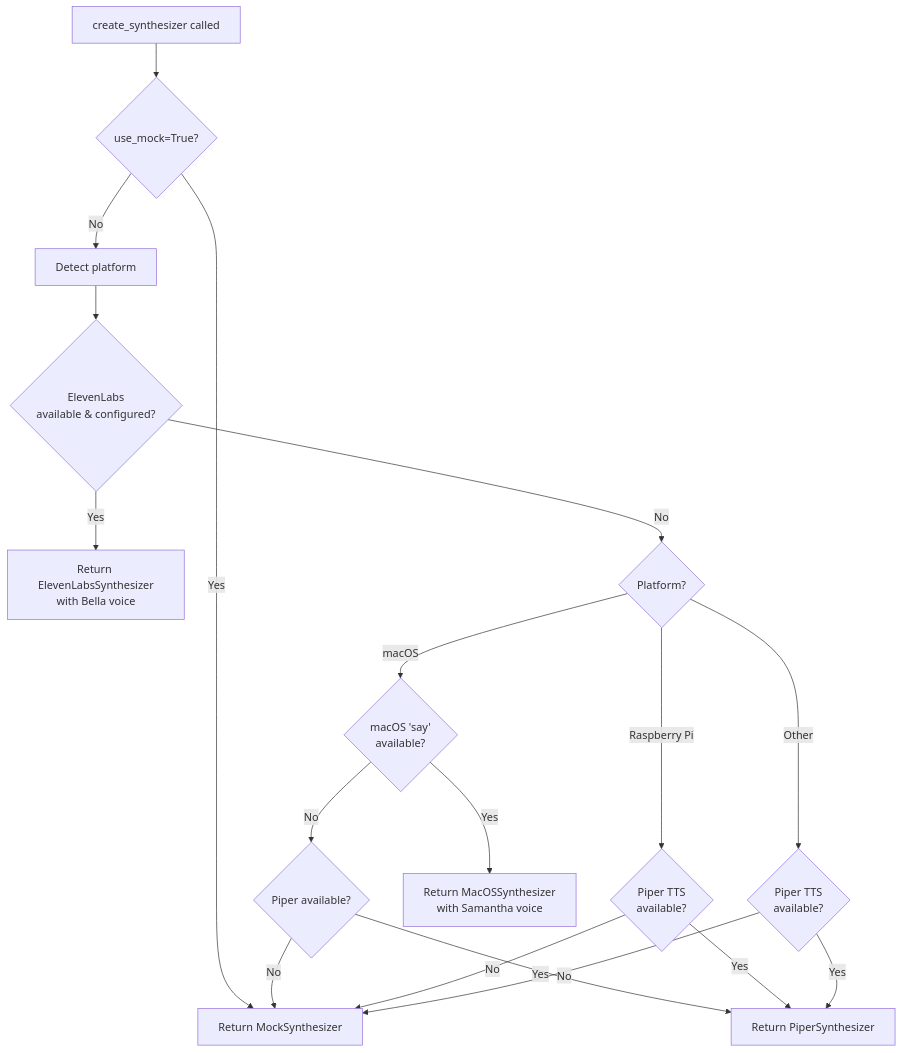
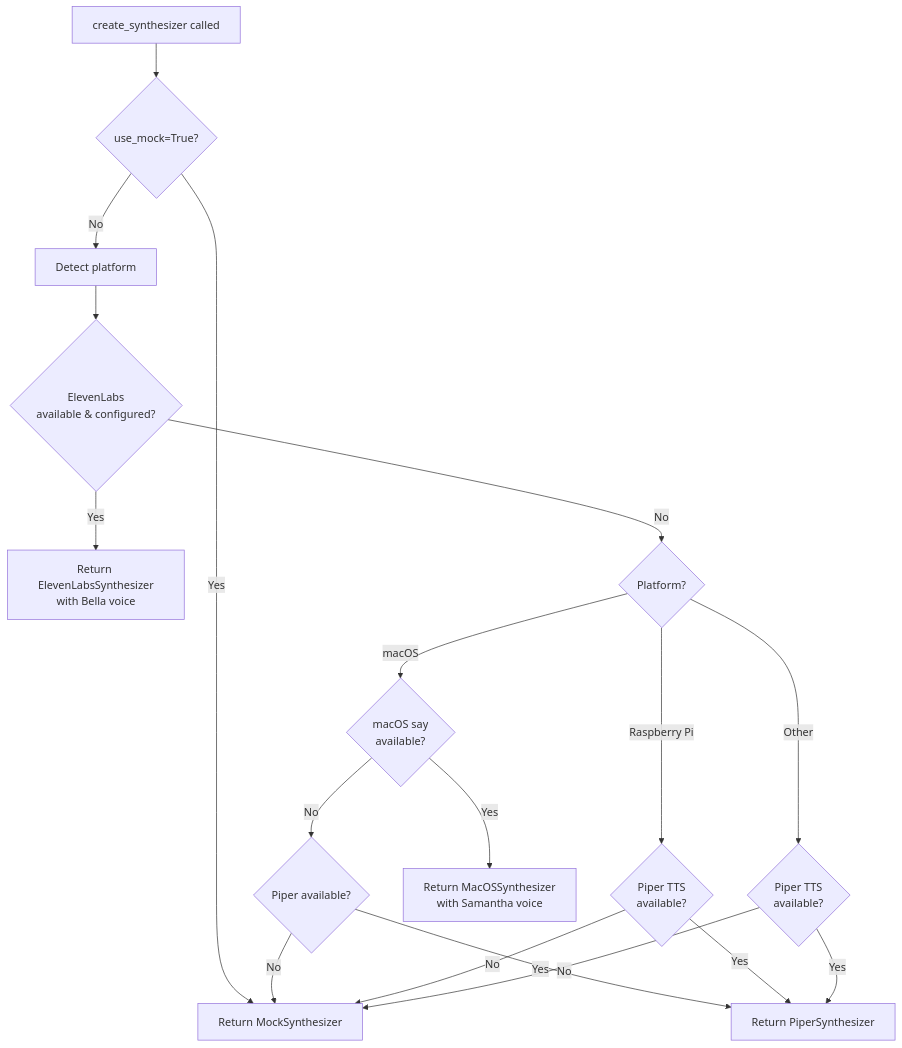
The sixth of 7 diagrams in docs/conversation-flow.md (adarkazanli/RPVA), drawn with Mermaid before and after one commit. The commit also changed other lines of this file and 1 other file, not shown here.

First line of the commit message:
docs: update conversation flow with Step 7 query routing

````diff
--- a/docs/conversation-flow.md
+++ b/docs/conversation-flow.md
@@ -207,28 +221,28 @@
 ```mermaid
 flowchart TD
     CREATE[create_synthesizer called] --> MOCK{use_mock=True?}
 
     MOCK --> |Yes| RETURN_MOCK[Return MockSynthesizer]
     MOCK --> |No| DETECT[Detect platform]
 
     DETECT --> ELEVEN{ElevenLabs<br>available & configured?}
 
     ELEVEN --> |Yes| RETURN_ELEVEN[Return ElevenLabsSynthesizer<br>with Bella voice]
     ELEVEN --> |No| PLATFORM{Platform?}
 
-    PLATFORM --> |macOS| MACOS_CHECK{macOS 'say'<br>available?}
+    PLATFORM --> |macOS| MACOS_CHECK{macOS say<br>available?}
     PLATFORM --> |Raspberry Pi| PI_CHECK{Piper TTS<br>available?}
     PLATFORM --> |Other| OTHER_CHECK{Piper TTS<br>available?}
 
     MACOS_CHECK --> |Yes| RETURN_MACOS[Return MacOSSynthesizer<br>with Samantha voice]
     MACOS_CHECK --> |No| MACOS_PIPER{Piper available?}
 
     MACOS_PIPER --> |Yes| RETURN_PIPER[Return PiperSynthesizer]
     MACOS_PIPER --> |No| RETURN_MOCK
 
     PI_CHECK --> |Yes| RETURN_PIPER
     PI_CHECK --> |No| RETURN_MOCK
 
     OTHER_CHECK --> |Yes| RETURN_PIPER
     OTHER_CHECK --> |No| RETURN_MOCK
 ```
````
